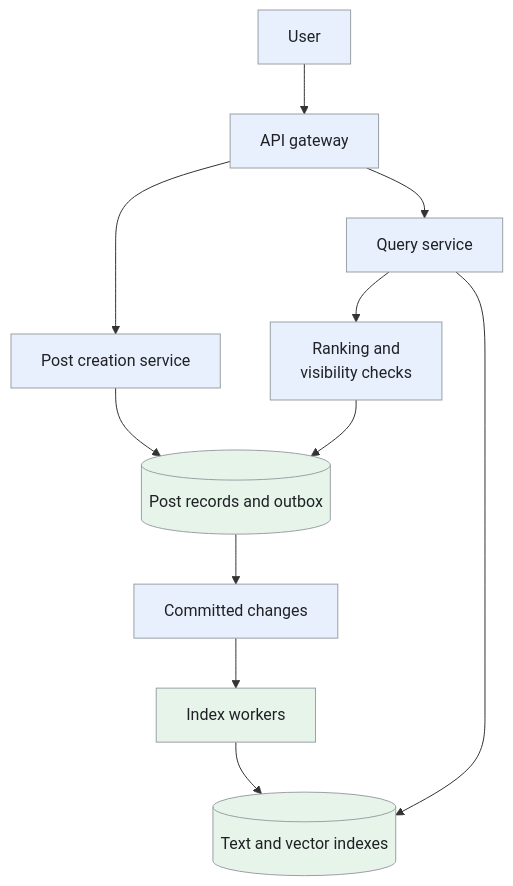
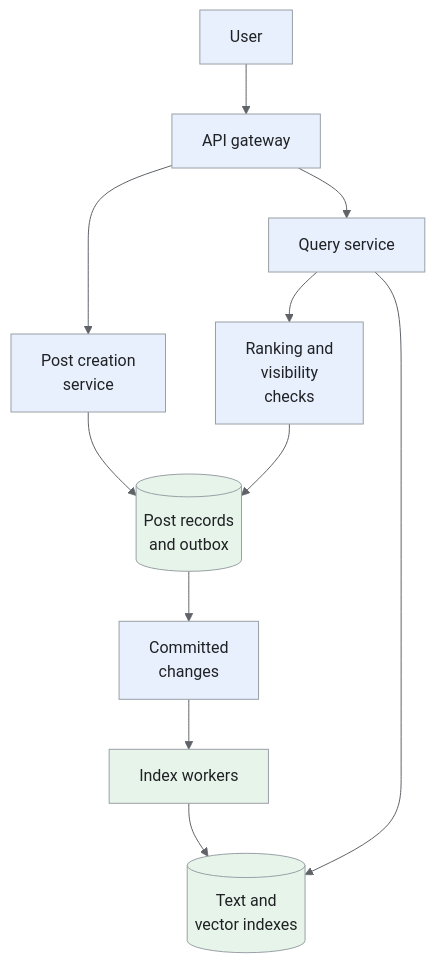
The first of 4 diagrams in _designs/system-design-post-search.md (iliazlobin/iliazlobin.github.io), drawn with Mermaid before and after one commit. The commit also changed other lines of this file and 116 other files, not shown here.

````diff
--- a/_designs/system-design-post-search.md
+++ b/_designs/system-design-post-search.md
@@ -118,18 +118,19 @@
 ```mermaid
+%%{init: {"theme":"base","themeVariables":{"primaryColor":"#e8f0fe","primaryBorderColor":"#9aa0a6","primaryTextColor":"#202124","secondaryColor":"#e6f4ea","tertiaryColor":"#fef7e0","lineColor":"#5f6368","actorBkg":"#e8f0fe","actorBorder":"#9aa0a6","actorTextColor":"#202124","noteBkgColor":"#fef7e0","noteBorderColor":"#9aa0a6","noteTextColor":"#202124","signalColor":"#5f6368","signalTextColor":"#202124"}}}%%
 flowchart TB
   U["User"] --> API["API gateway"]
-  API --> POST["Post creation service"]
-  POST --> DB[("Post records and outbox")]
-  DB --> EVENTS["Committed changes"]
+  API --> POST["Post creation<br>service"]
+  POST --> DB[("Post records<br>and outbox")]
+  DB --> EVENTS["Committed<br>changes"]
   EVENTS --> IDX["Index workers"]
-  IDX --> SEARCH[("Text and vector indexes")]
+  IDX --> SEARCH[("Text and<br>vector indexes")]
   API --> QUERY["Query service"]
   QUERY --> SEARCH
-  QUERY --> VERIFY["Ranking and<br/>visibility checks"]
+  QUERY --> VERIFY["Ranking and<br>visibility<br>checks"]
   VERIFY --> DB
   classDef request fill:#e8f0fe,stroke:#9aa0a6,color:#202124,stroke-width:1px
   classDef background fill:#e6f4ea,stroke:#9aa0a6,color:#202124,stroke-width:1px
   classDef control fill:#fef7e0,stroke:#9aa0a6,color:#202124,stroke-width:1px
   class U,API,POST,EVENTS,QUERY,VERIFY request
   class DB,IDX,SEARCH background
 ```
````
